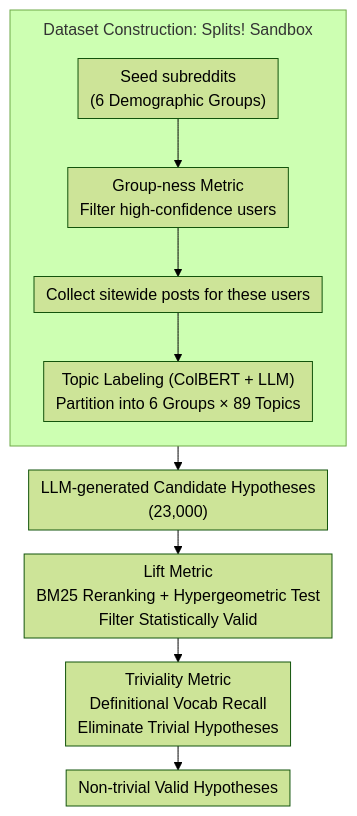
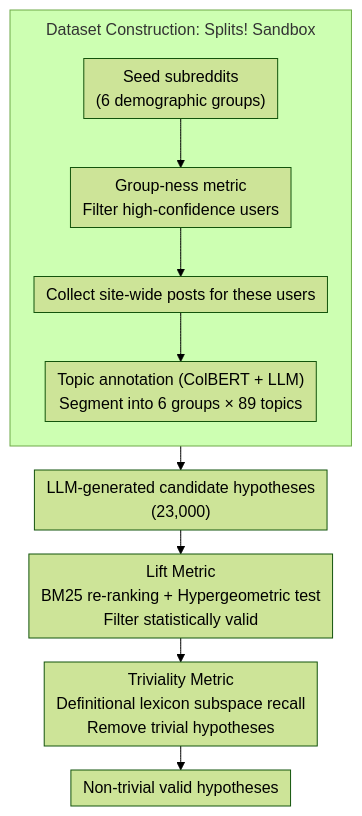
Before and after one commit to zhaoyang97/Paper-Notes-en: the diagram in docs/ACL2026/social_computing/splits_flexible_sociocultural_linguistic_investigation_at_scale.md, drawn with Mermaid (forest theme). The commit also changed other lines of this file and 5084 other files, not shown here.

````diff
--- a/docs/ACL2026/social_computing/splits_flexible_sociocultural_linguistic_investigation_at_scale.md
+++ b/docs/ACL2026/social_computing/splits_flexible_sociocultural_linguistic_investigation_at_scale.md
@@ -42,14 +42,14 @@
 ```mermaid
 %%{init: {'flowchart': {'rankSpacing': 24, 'nodeSpacing': 28, 'padding': 6, 'wrappingWidth': 400, 'subGraphTitleMargin': {'top': 8, 'bottom': 16}}}}%%
 flowchart TD
     subgraph DATA["Dataset Construction: Splits! Sandbox"]
         direction TB
-        A["Seed subreddits<br/>(6 Demographic Groups)"] --> B["Group-ness Metric<br/>Filter high-confidence users"]
-        B --> C["Collect sitewide posts for these users"]
-        C --> D["Topic Labeling (ColBERT + LLM)<br/>Partition into 6 Groups × 89 Topics"]
+        A["Seed subreddits<br/>(6 demographic groups)"] --> B["Group-ness metric<br/>Filter high-confidence users"]
+        B --> C["Collect site-wide posts for these users"]
+        C --> D["Topic annotation (ColBERT + LLM)<br/>Segment into 6 groups × 89 topics"]
     end
-    D --> E["LLM-generated Candidate Hypotheses<br/>(23,000)"]
-    E --> F["Lift Metric<br/>BM25 Reranking + Hypergeometric Test<br/>Filter Statistically Valid"]
-    F --> G["Triviality Metric<br/>Definitional Vocab Recall<br/>Eliminate Trivial Hypotheses"]
-    G --> H["Non-trivial Valid Hypotheses"]
+    D --> E["LLM-generated candidate hypotheses<br/>(23,000)"]
+    E --> F["Lift Metric<br/>BM25 re-ranking + Hypergeometric test<br/>Filter statistically valid"]
+    F --> G["Triviality Metric<br/>Definitional lexicon subspace recall<br/>Remove trivial hypotheses"]
+    G --> H["Non-trivial valid hypotheses"]
 ```
````
